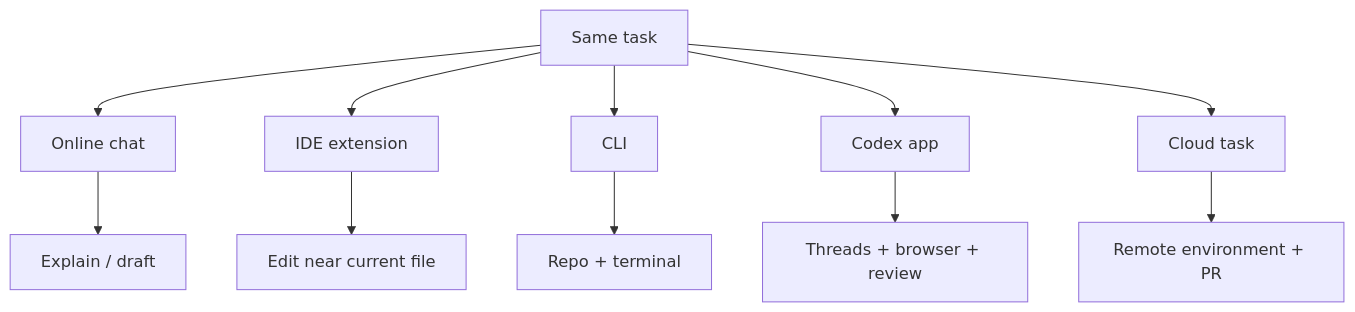
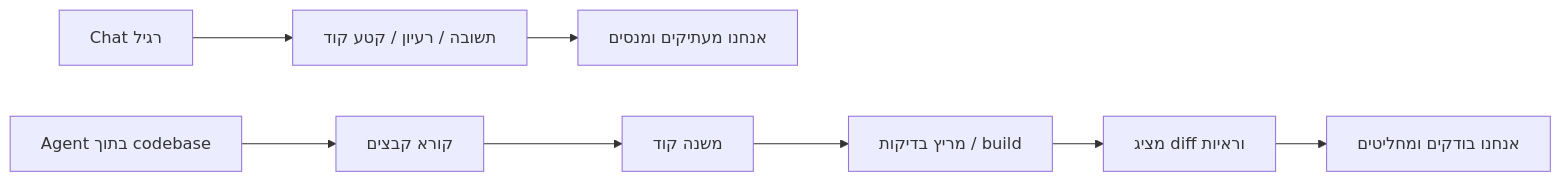
One commit to 3strategy/BeautifulMivney changed the diagram in agentic/01-online-vs-agentic.md. Above: the diagram before and after it, drawn with Mermaid. The commit also changed other lines of this file and 2 other files, not shown here.

````diff
--- a/agentic/01-online-vs-agentic.md
+++ b/agentic/01-online-vs-agentic.md
@@ -52,13 +116,11 @@
 ```mermaid
-flowchart TD
-    A["Same task"] --> B["Online chat"]
-    A --> C["IDE extension"]
-    A --> D["CLI"]
-    A --> E["Codex app"]
-    A --> F["Cloud task"]
-    B --> B1["Explain / draft"]
-    C --> C1["Edit near current file"]
-    D --> D1["Repo + terminal"]
-    E --> E1["Threads + browser + review"]
-    F --> F1["Remote environment + PR"]
+flowchart LR
+    A["Chat רגיל"] --> B["תשובה / רעיון / קטע קוד"]
+    B --> C["אנחנו מעתיקים ומנסים"]
+
+    D["Agent בתוך codebase"] --> E["קורא קבצים"]
+    E --> F["משנה קוד"]
+    F --> G["מריץ בדיקות / build"]
+    G --> H["מציג diff וראיות"]
+    H --> I["אנחנו בודקים ומחליטים"]
 ```
````
